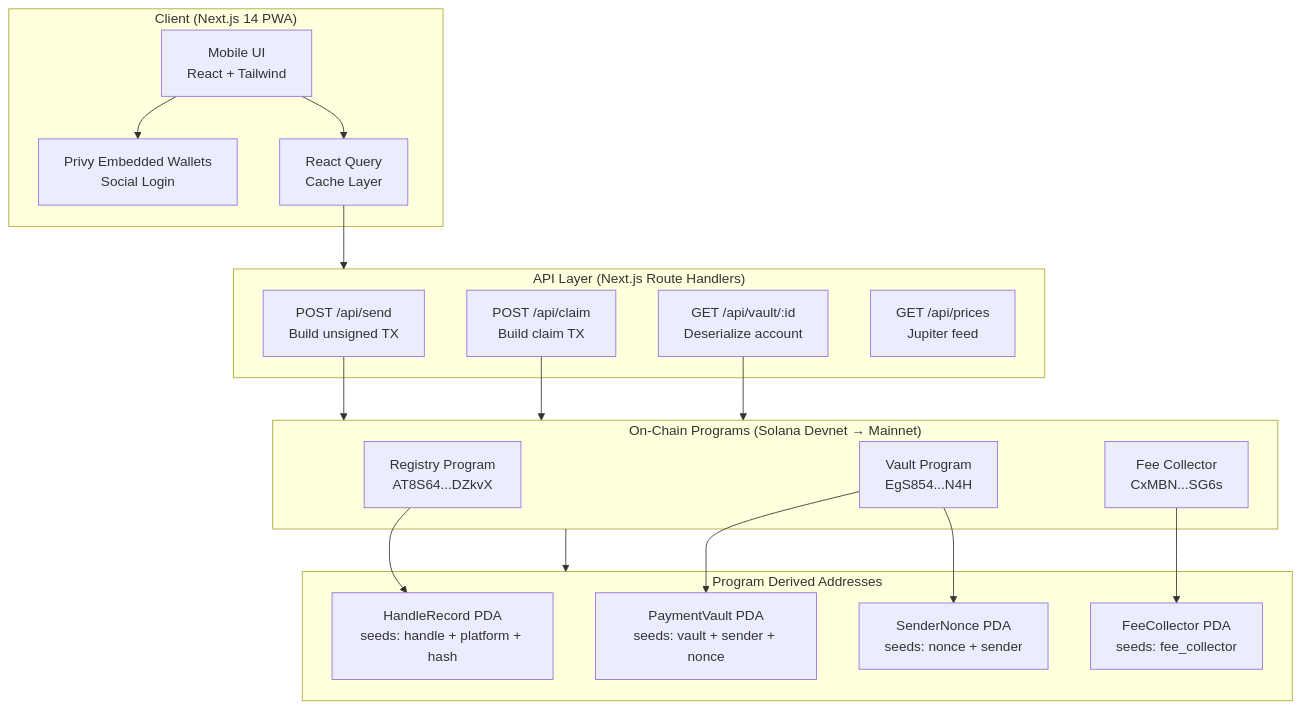
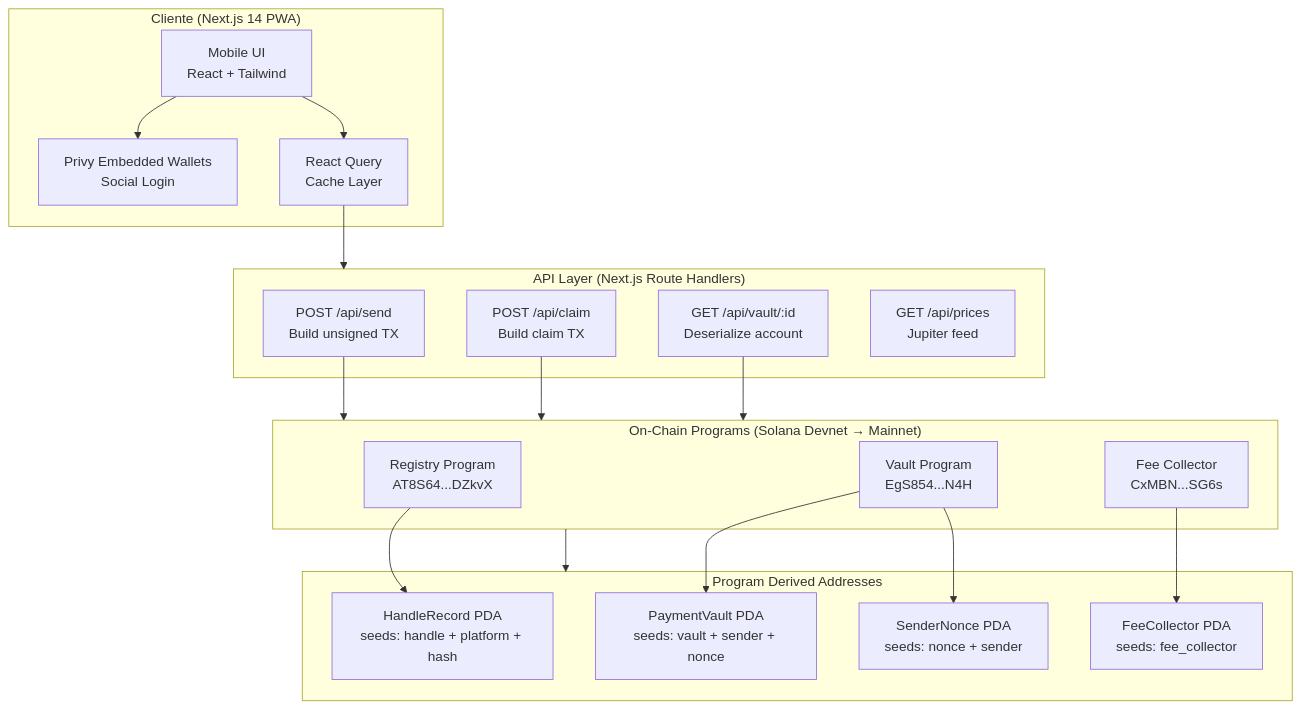
The first of 3 diagrams in README.md (Lucasalb11/pay-on-handle), drawn with Mermaid before and after one commit. The commit also changed other lines of this file and 45 other files, not shown here.

````diff
--- a/README.md
+++ b/README.md
@@ -34,40 +34,40 @@
 ```mermaid
 graph TB
-    subgraph Client ["Client (Next.js 14 PWA)"]
+    subgraph Client ["Cliente (Next.js 14 PWA)"]
         UI[Mobile UI<br/>React + Tailwind]
         Privy[Privy Embedded Wallets<br/>Social Login]
         RQ[React Query<br/>Cache Layer]
     end
 
     subgraph API ["API Layer (Next.js Route Handlers)"]
         SendAPI[POST /api/send<br/>Build unsigned TX]
         ClaimAPI[POST /api/claim<br/>Build claim TX]
         VaultAPI[GET /api/vault/:id<br/>Deserialize account]
         PricesAPI[GET /api/prices<br/>Jupiter feed]
     end
 
     subgraph Chain ["On-Chain Programs (Solana Devnet → Mainnet)"]
         Registry[Registry Program<br/>AT8S64...DZkvX]
         Vault[Vault Program<br/>EgS854...N4H]
         FeeCollector[Fee Collector<br/>CxMBN...SG6s]
     end
 
     subgraph PDAs ["Program Derived Addresses"]
         HandleRecord["HandleRecord PDA<br/>seeds: handle + platform + hash"]
         PaymentVault["PaymentVault PDA<br/>seeds: vault + sender + nonce"]
         SenderNonce["SenderNonce PDA<br/>seeds: nonce + sender"]
         FeeCollectorPDA["FeeCollector PDA<br/>seeds: fee_collector"]
     end
 
     UI --> Privy
     UI --> RQ
     RQ --> API
     SendAPI --> Chain
     ClaimAPI --> Chain
     VaultAPI --> Chain
     Chain --> PDAs
     Registry --> HandleRecord
     Vault --> PaymentVault
     Vault --> SenderNonce
     FeeCollector --> FeeCollectorPDA
 ```
````
